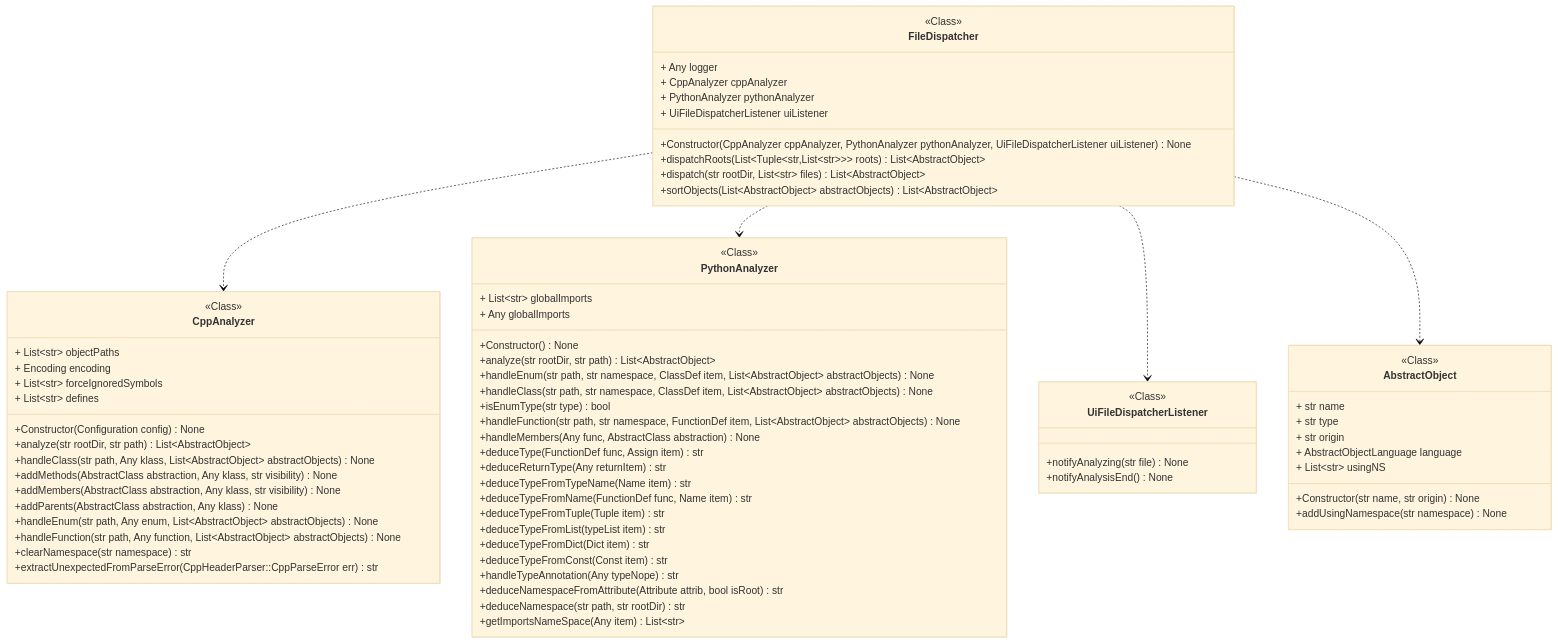
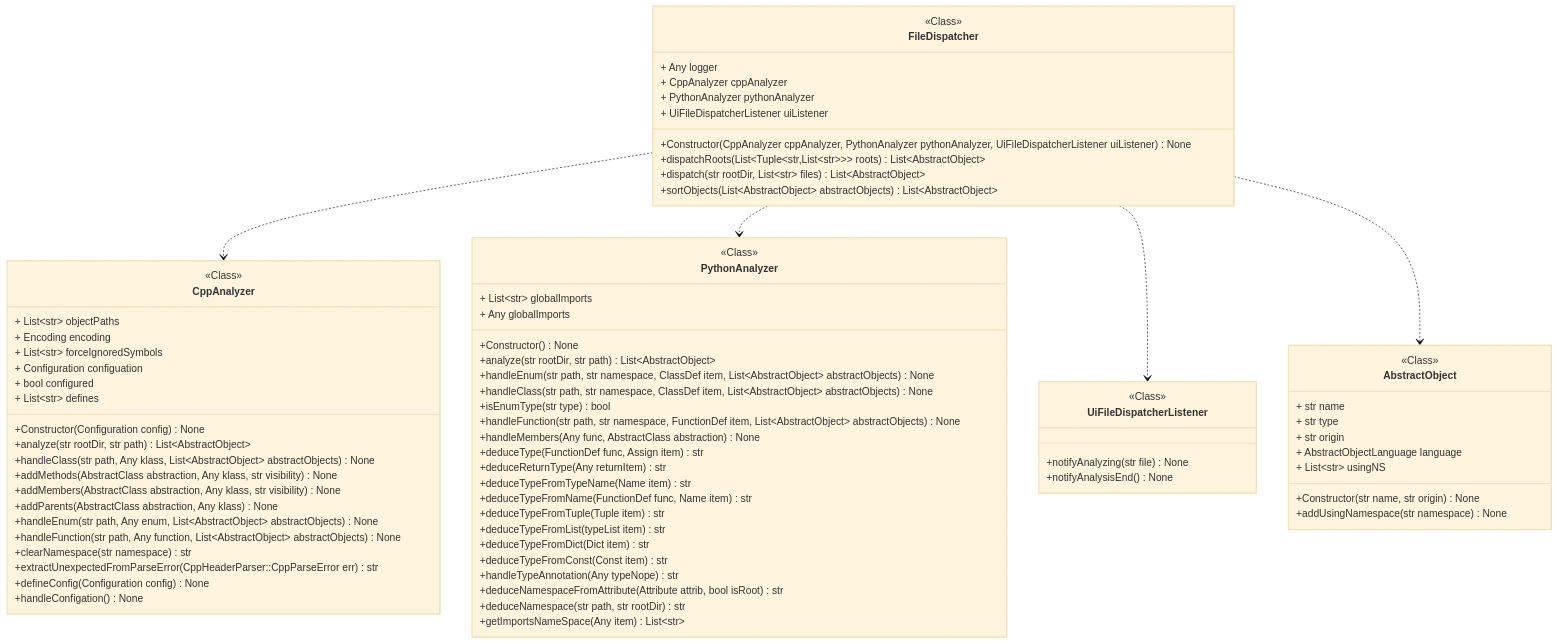
One commit to miong/pycodeanalyzer changed the diagram in docs/source/code/diagrams/pycodeanalyzer_core_languages_filedispatcher_FileDispatcher.mmd. Above: the diagram before and after it, drawn with Mermaid (base theme). The commit also changed 8 other files, not shown here.

```diff
--- a/docs/source/code/diagrams/pycodeanalyzer_core_languages_filedispatcher_FileDispatcher.mmd
+++ b/docs/source/code/diagrams/pycodeanalyzer_core_languages_filedispatcher_FileDispatcher.mmd
@@ -1,76 +1,80 @@
 classDiagram
 class FileDispatcher {
 <<Class>>
 + Any logger
 + CppAnalyzer cppAnalyzer
 + PythonAnalyzer pythonAnalyzer
 + UiFileDispatcherListener uiListener
 +Constructor(CppAnalyzer cppAnalyzer, PythonAnalyzer pythonAnalyzer, UiFileDispatcherListener uiListener) None
 +dispatchRoots(List&lt;Tuple&lt;str,List&lt;str&gt;&gt;&gt; roots) List~AbstractObject~
 +dispatch(str rootDir, List~str~ files) List~AbstractObject~
 +sortObjects(List~AbstractObject~ abstractObjects) List~AbstractObject~
 }
 class CppAnalyzer {
 <<Class>>
 + List~str~ objectPaths
 + Encoding encoding
 + List~str~ forceIgnoredSymbols
++ Configuration configuation
++ bool configured
 + List~str~ defines
 +Constructor(Configuration config) None
 +analyze(str rootDir, str path) List~AbstractObject~
 +handleClass(str path, Any klass, List~AbstractObject~ abstractObjects) None
 +addMethods(AbstractClass abstraction, Any klass, str visibility) None
 +addMembers(AbstractClass abstraction, Any klass, str visibility) None
 +addParents(AbstractClass abstraction, Any klass) None
 +handleEnum(str path, Any enum, List~AbstractObject~ abstractObjects) None
 +handleFunction(str path, Any function, List~AbstractObject~ abstractObjects) None
 +clearNamespace(str namespace) str
 +extractUnexpectedFromParseError(CppHeaderParser::CppParseError err) str
++defineConfig(Configuration config) None
++handleConfigation() None
 }
 link CppAnalyzer "class££pycodeanalyzer::core::languages::analyzers::cppanalyzer::CppAnalyzer"
 class PythonAnalyzer {
 <<Class>>
 + List~str~ globalImports
 + Any globalImports
 +Constructor() None
 +analyze(str rootDir, str path) List~AbstractObject~
 +handleEnum(str path, str namespace, ClassDef item, List~AbstractObject~ abstractObjects) None
 +handleClass(str path, str namespace, ClassDef item, List~AbstractObject~ abstractObjects) None
 +isEnumType(str type) bool
 +handleFunction(str path, str namespace, FunctionDef item, List~AbstractObject~ abstractObjects) None
 +handleMembers(Any func, AbstractClass abstraction) None
 +deduceType(FunctionDef func, Assign item) str
 +deduceReturnType(Any returnItem) str
 +deduceTypeFromTypeName(Name item) str
 +deduceTypeFromName(FunctionDef func, Name item) str
 +deduceTypeFromTuple(Tuple item) str
 +deduceTypeFromList(typeList item) str
 +deduceTypeFromDict(Dict item) str
 +deduceTypeFromConst(Const item) str
 +handleTypeAnnotation(Any typeNope) str
 +deduceNamespaceFromAttribute(Attribute attrib, bool isRoot) str
 +deduceNamespace(str path, str rootDir) str
 +getImportsNameSpace(Any item) List~str~
 }
 link PythonAnalyzer "class££pycodeanalyzer::core::languages::analyzers::pythonanalyzer::PythonAnalyzer"
 class UiFileDispatcherListener {
 <<Class>>
 +notifyAnalyzing(str file) None
 +notifyAnalysisEnd() None
 }
 link UiFileDispatcherListener "class££pycodeanalyzer::ui::app::UiFileDispatcherListener"
 class AbstractObject {
 <<Class>>
 + str name
 + str type
 + str origin
 + AbstractObjectLanguage language
 + List~str~ usingNS
 +Constructor(str name, str origin) None
 +addUsingNamespace(str namespace) None
 }
 link AbstractObject "class££pycodeanalyzer::core::abstraction::objects::AbstractObject"
 FileDispatcher ..> CppAnalyzer
 FileDispatcher ..> PythonAnalyzer
 FileDispatcher ..> UiFileDispatcherListener
 FileDispatcher ..> AbstractObject
```
